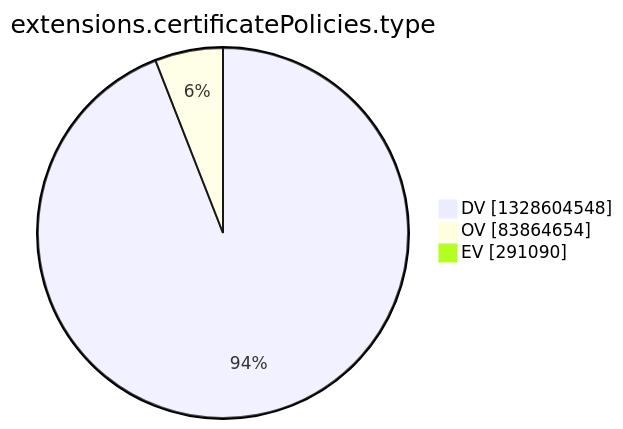
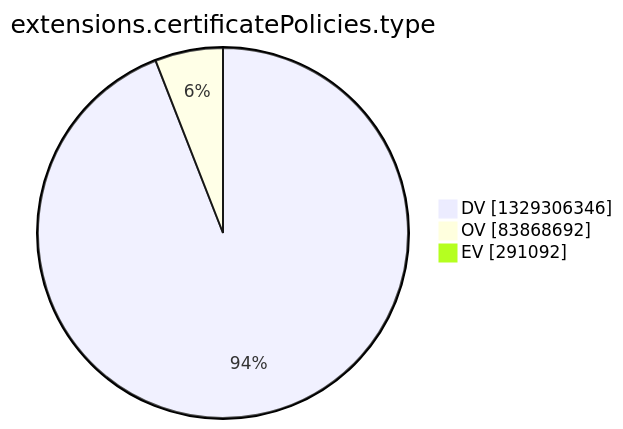
The tenth of 15 diagrams in argon2022/README.md (christiankrug/ctmonitor_visualization), drawn with Mermaid before and after one commit. The commit also changed other lines of this file, not shown here.

````diff
--- a/argon2022/README.md
+++ b/argon2022/README.md
@@ -2772,7 +2772,7 @@
 ```mermaid
 pie showData
 title extensions.certificatePolicies.type
-"DV" :1328604548
-"OV" :83864654
-"EV" :291090
+"DV" :1329306346
+"OV" :83868692
+"EV" :291092
 ```
````
